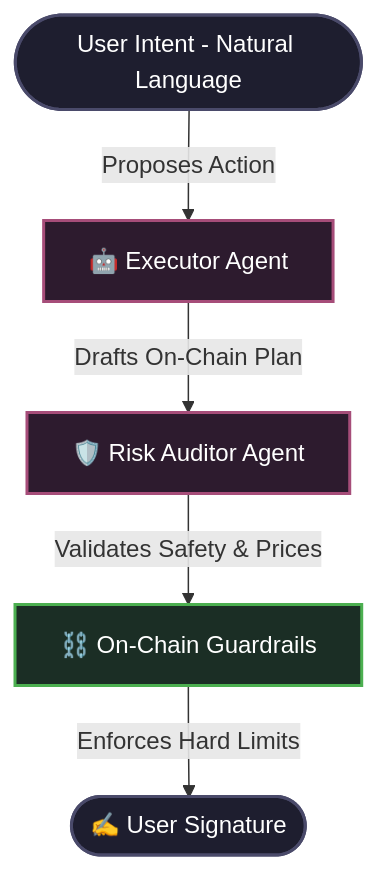
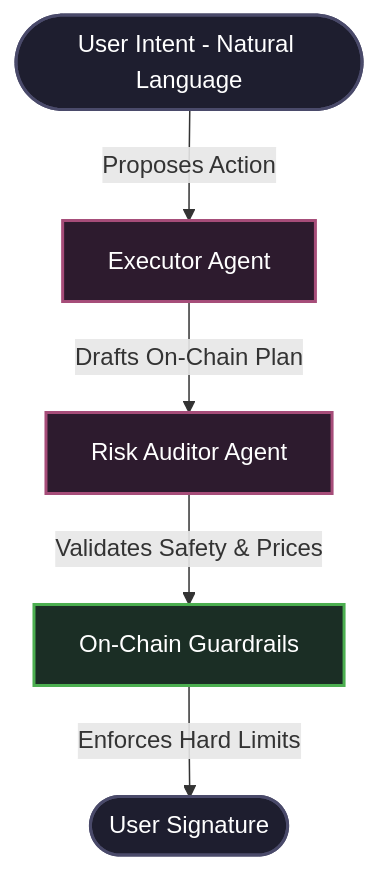
Before and after one commit to maxence81/Aura-Protocol: the diagram in SECURITY.md, drawn with Mermaid. The commit also changed other lines of this file and 1 other file, not shown here.

Commit message:
docs: update x402 status and latest contract addresses
- Changed x402 protocol integration from 'Future Plans' to 'Integrated'
- Updated contract addresses in the README to match the latest deployments (Synthra Router, LOB, Copy Trading V2)
- Removed emojis from Mermaid.js diagrams to fix GitHub rendering parse errors

````diff
--- a/SECURITY.md
+++ b/SECURITY.md
@@ -11,21 +11,21 @@
 ```mermaid
 flowchart TD
     User([User Intent - Natural Language])
-    Executor[🤖 Executor Agent]
-    RiskAuditor[🛡️ Risk Auditor Agent]
-    Guardrail[⛓️ On-Chain Guardrails]
-    Signature([✍️ User Signature])
+    Executor[Executor Agent]
+    RiskAuditor[Risk Auditor Agent]
+    Guardrail[On-Chain Guardrails]
+    Signature([User Signature])
     
     User -->|Proposes Action| Executor
     Executor -->|Drafts On-Chain Plan| RiskAuditor
     RiskAuditor -->|Validates Safety & Prices| Guardrail
     Guardrail -->|Enforces Hard Limits| Signature
     
     classDef agent fill:#2d1b2e,stroke:#a64d79,stroke-width:2px,color:#fff;
     classDef contract fill:#1b2e25,stroke:#4caf50,stroke-width:2px,color:#fff;
     classDef user fill:#1e1e2f,stroke:#4a4a6a,stroke-width:2px,color:#fff;
     
     class Executor,RiskAuditor agent;
     class Guardrail contract;
     class User,Signature user;
 ```
````
